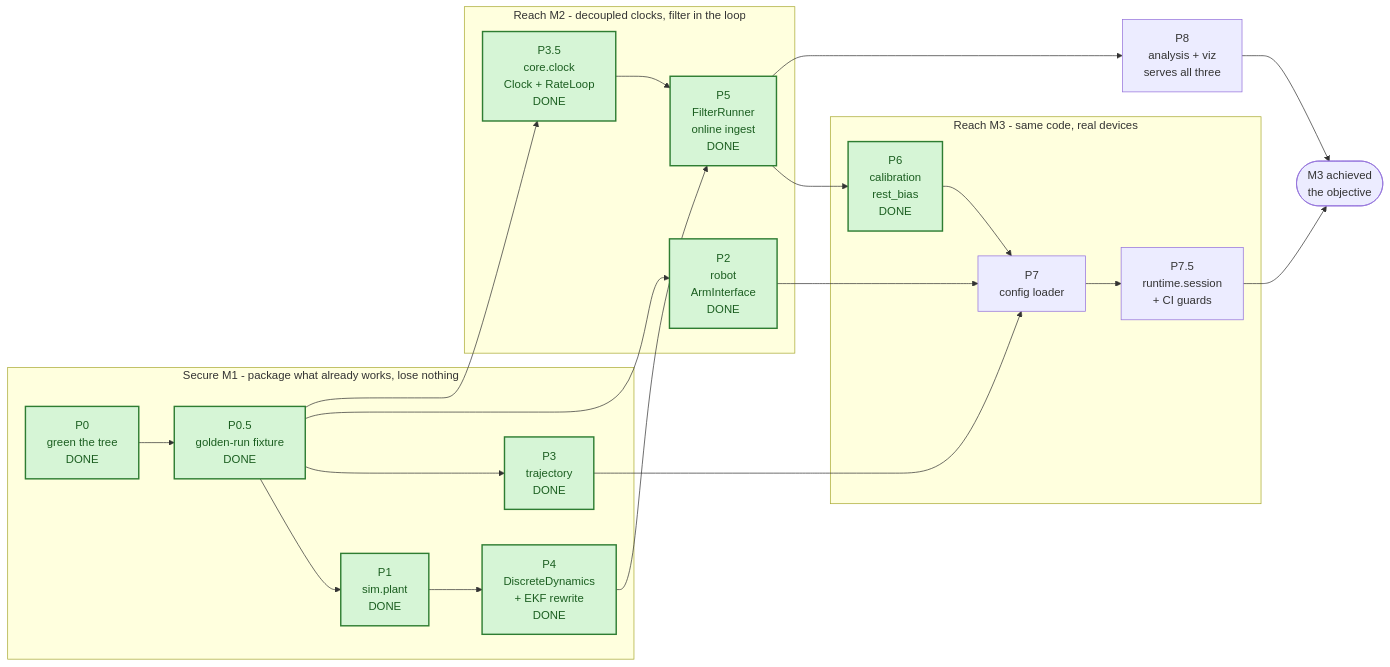
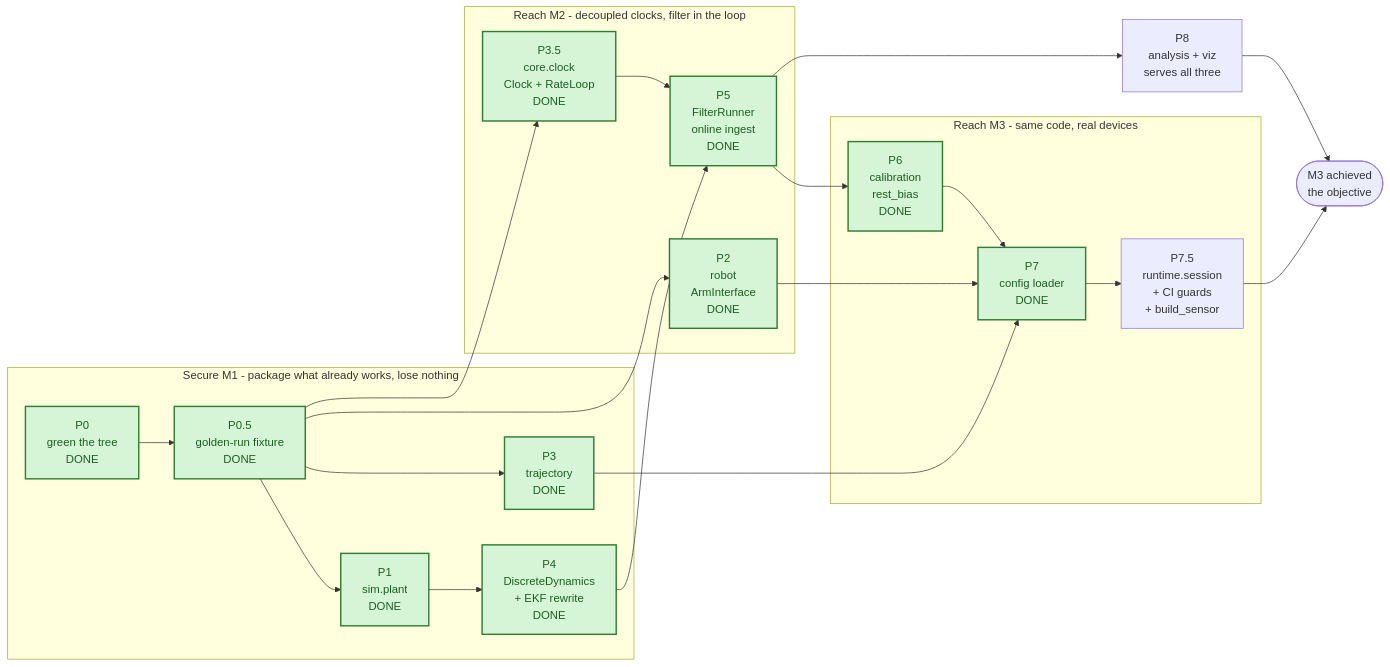
The sixth of 6 diagrams in docs/adr/0002-notebook-to-package.md (andrademarique-cpu/preERP), drawn with Mermaid before and after one commit. The commit also changed other lines of this file and 11 other files, not shown here.

````diff
--- a/docs/adr/0002-notebook-to-package.md
+++ b/docs/adr/0002-notebook-to-package.md
@@ -1079,37 +1096,37 @@
 ```mermaid
 flowchart LR
     subgraph G1["Secure M1 - package what already works, lose nothing"]
         P0["P0<br/>green the tree<br/>DONE"] --> P05["P0.5<br/>golden-run fixture<br/>DONE"]
         P05 --> P1["P1<br/>sim.plant<br/>DONE"]
         P05 --> P3["P3<br/>trajectory<br/>DONE"]
         P1 --> P4["P4<br/>DiscreteDynamics<br/>+ EKF rewrite<br/>DONE"]
     end
 
     subgraph G2["Reach M2 - decoupled clocks, filter in the loop"]
         P35["P3.5<br/>core.clock<br/>Clock + RateLoop<br/>DONE"]
         P2["P2<br/>robot<br/>ArmInterface<br/>DONE"]
         P5["P5<br/>FilterRunner<br/>online ingest<br/>DONE"]
         P35 --> P5
     end
 
     subgraph G3["Reach M3 - same code, real devices"]
         P6["P6<br/>calibration<br/>rest_bias<br/>DONE"]
-        P7["P7<br/>config loader"]
-        P75["P7.5<br/>runtime.session<br/>+ CI guards"]
+        P7["P7<br/>config loader<br/>DONE"]
+        P75["P7.5<br/>runtime.session<br/>+ CI guards<br/>+ build_sensor"]
         P6 --> P7
         P7 --> P75
     end
 
     P05 --> P2
     P05 --> P35
     P4 --> P5
     P5 --> P6
     P2 --> P7
     P3 --> P7
     P5 --> P8["P8<br/>analysis + viz<br/>serves all three"]
     P75 --> OBJ(["M3 achieved<br/>the objective"])
     P8 --> OBJ
 
     classDef done fill:#d6f5d6,stroke:#2e7d32,stroke-width:2px,color:#1b5e20
-    class P0,P05,P1,P2,P3,P35,P4,P5,P6 done
+    class P0,P05,P1,P2,P3,P35,P4,P5,P6,P7 done
 ```
````
